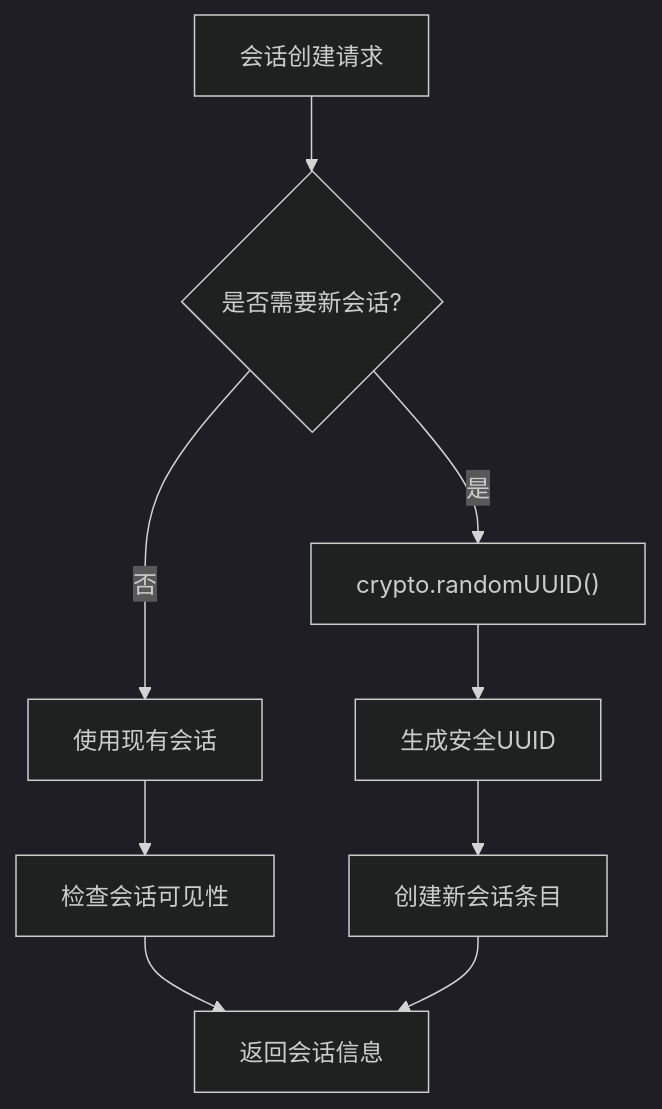
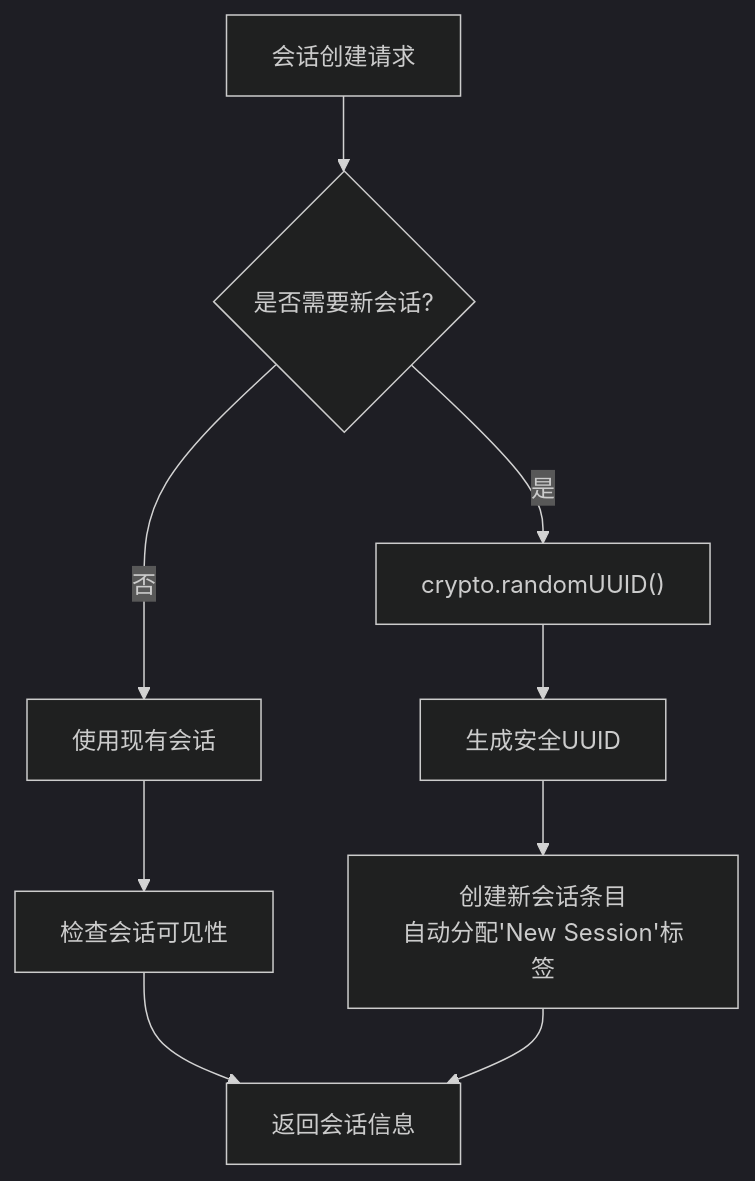
Diagram 11 of 15 in .qoder/repowiki/zh/content/核心概念/会话管理.md (verse-ai-org/openclaw), drawn with Mermaid (dark theme) before and after one commit. The commit also changed other lines of this file and 55 other files, not shown here.

````diff
--- a/.qoder/repowiki/zh/content/核心概念/会话管理.md
+++ b/.qoder/repowiki/zh/content/核心概念/会话管理.md
@@ -508,11 +636,11 @@
 ```mermaid
 flowchart TD
 A["会话创建请求"] --> B{"是否需要新会话?"}
 B --> |是| C["crypto.randomUUID()"]
 C --> D["生成安全UUID"]
-D --> E["创建新会话条目"]
+D --> E["创建新会话条目<br/>自动分配'New Session'标签"]
 B --> |否| F["使用现有会话"]
 F --> G["检查会话可见性"]
 G --> H["返回会话信息"]
 E --> H
 ```
````
